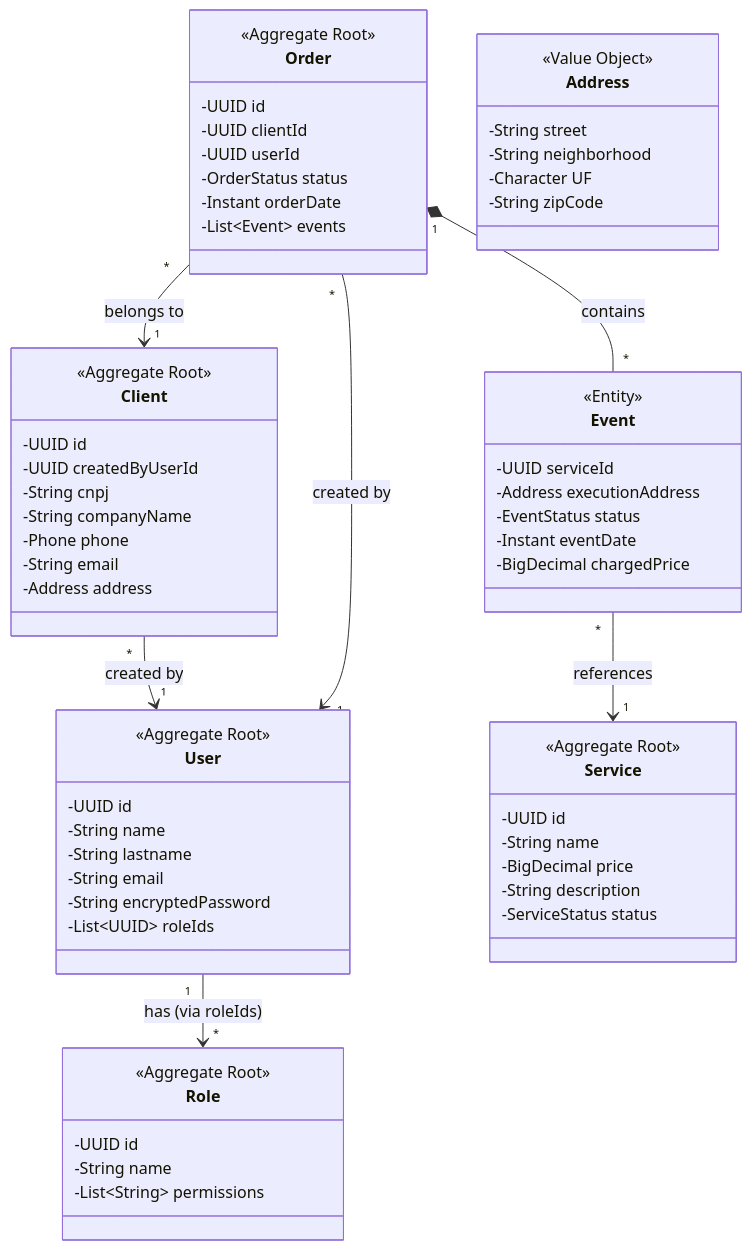
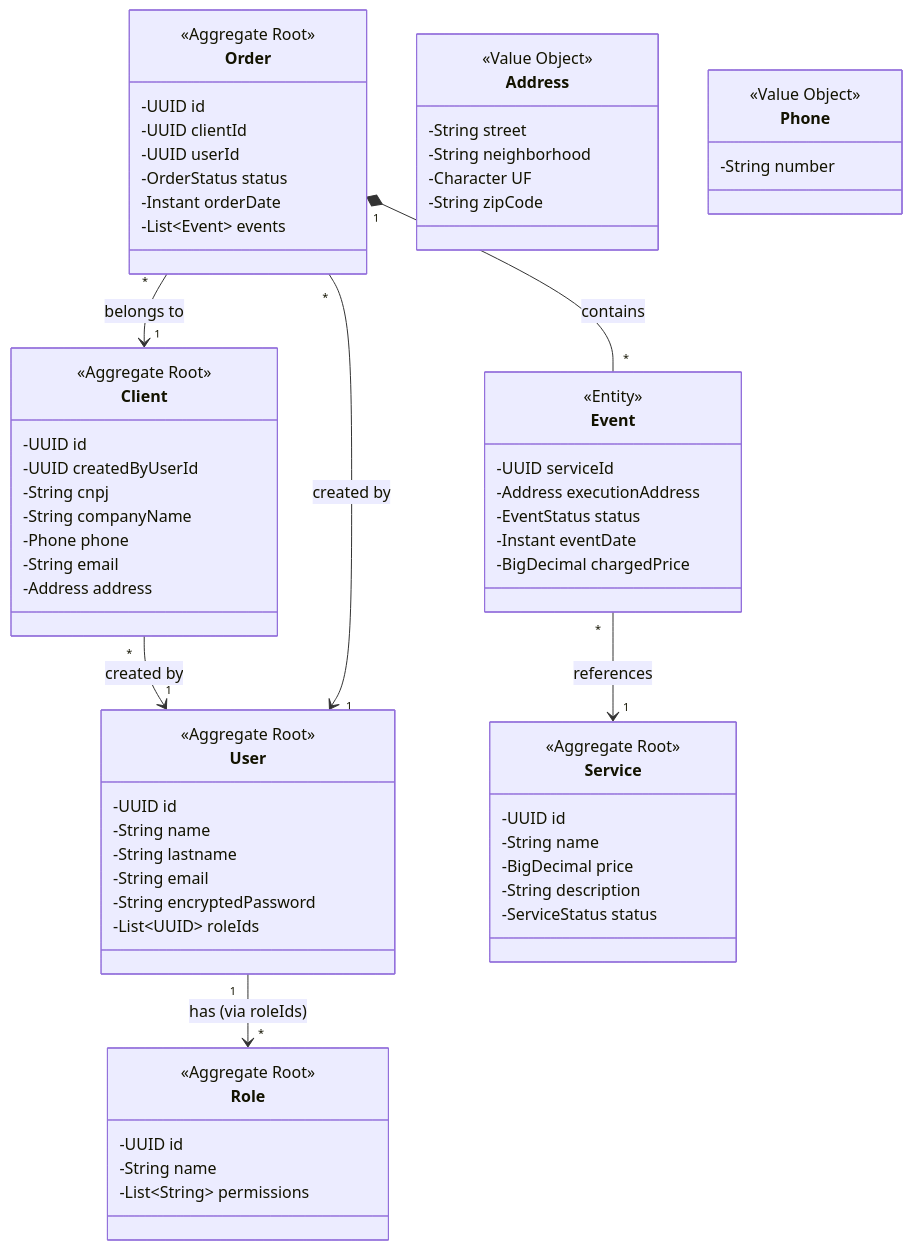
Before and after one commit to GibsonCS/speed: the diagram in README.md, drawn with Mermaid.

Commit message:
chore: add phone class as a value object in README

````diff
--- a/README.md
+++ b/README.md
@@ -4,73 +4,78 @@
 ```mermaid
 classDiagram
     class User {
         <<Aggregate Root>>
         -UUID id
         -String name
         -String lastname
         -String email
         -String encryptedPassword
         -List~UUID~ roleIds
     }
 
     class Role {
         <<Aggregate Root>>
         -UUID id
         -String name
         -List~String~ permissions
     }
 
     class Client {
         <<Aggregate Root>>
         -UUID id
         -UUID createdByUserId
         -String cnpj
         -String companyName
         -Phone phone
         -String email
         -Address address
     }
 
     class Order {
         <<Aggregate Root>>
         -UUID id
         -UUID clientId
         -UUID userId
         -OrderStatus status
         -Instant orderDate
         -List~Event~ events
     }
 
     class Event {
         <<Entity>>
         -UUID serviceId
         -Address executionAddress
         -EventStatus status
         -Instant eventDate
         -BigDecimal chargedPrice
     }
 
     class Service {
         <<Aggregate Root>>
         -UUID id
         -String name
         -BigDecimal price
         -String description
         -ServiceStatus status
     }
 
     class Address {
         <<Value Object>>
         -String street
         -String neighborhood
         -Character UF
         -String zipCode
     }
 
+    class Phone {
+        <<Value Object>>
+        -String number
+    }
+
     User "1" --> "*" Role : has (via roleIds)
     Client "*" --> "1" User : created by
     Order "*" --> "1" User : created by
     Order "*" --> "1" Client : belongs to
     Order "1" *-- "*" Event : contains
     Event "*" --> "1" Service : references
 ```
````
